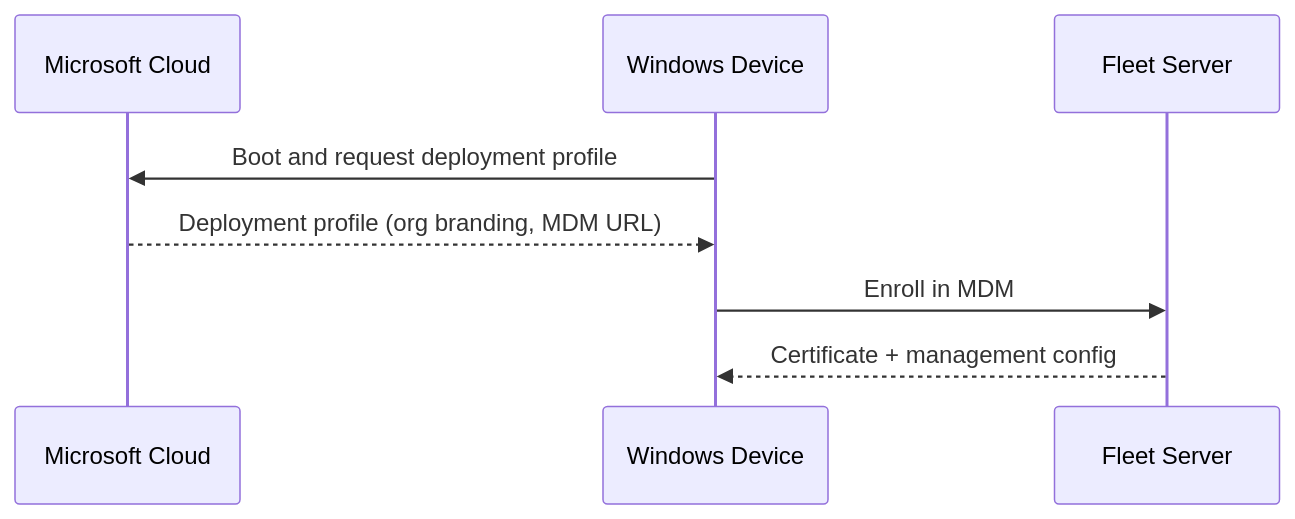
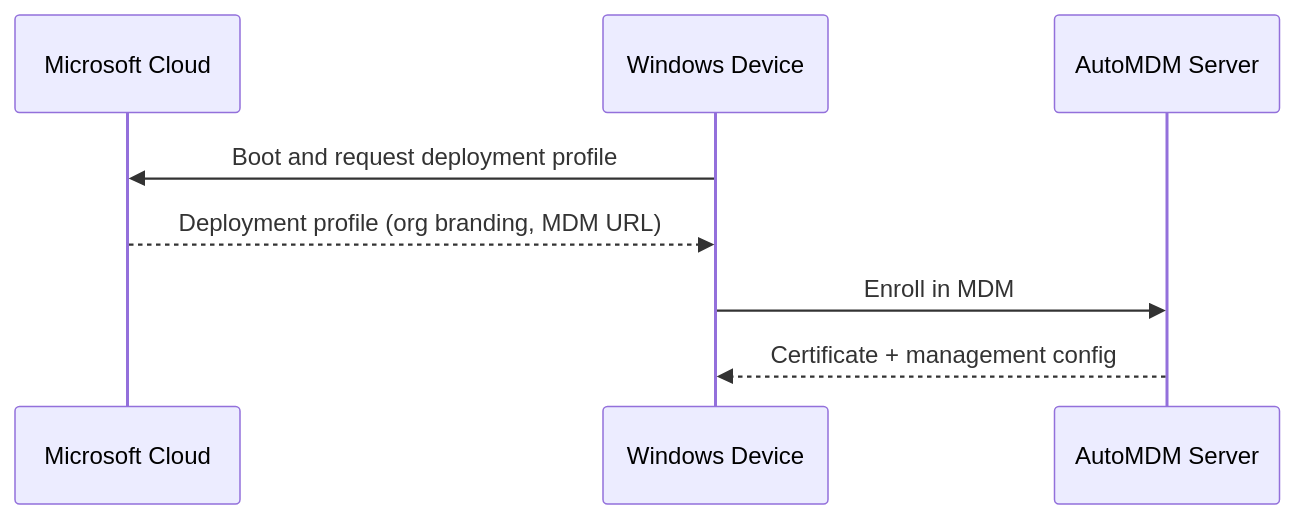
One commit to anilyagiz/AutoMDM changed the first of 4 diagrams in docs/Contributing/mdm/windows/windows-autopilot-how-it-works.md. Above: the diagram before and after it, drawn with Mermaid. The commit also changed other lines of this file and 7979 other files, not shown here.

First line of the commit message:
Rebrand Fleet as AutoMDM (mechanical pass)

````diff
--- a/docs/Contributing/mdm/windows/windows-autopilot-how-it-works.md
+++ b/docs/Contributing/mdm/windows/windows-autopilot-how-it-works.md
@@ -9,11 +9,11 @@
 ```mermaid
 sequenceDiagram
     participant MS as Microsoft Cloud
     participant Win as Windows Device
-    participant Fleet as Fleet Server
+    participant AutoMDM as AutoMDM Server
 
     Win->>MS: Boot and request deployment profile
     MS-->>Win: Deployment profile (org branding, MDM URL)
-    Win->>Fleet: Enroll in MDM
-    Fleet-->>Win: Certificate + management config
+    Win->>AutoMDM: Enroll in MDM
+    AutoMDM-->>Win: Certificate + management config
 ```
````
